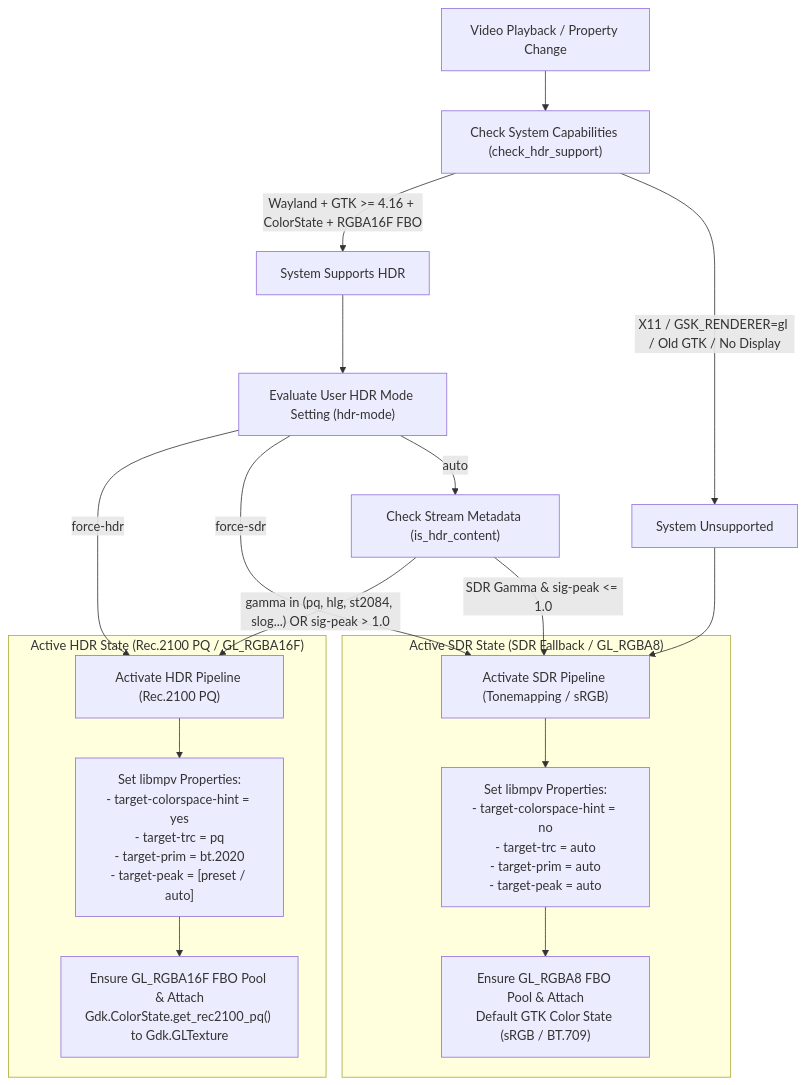
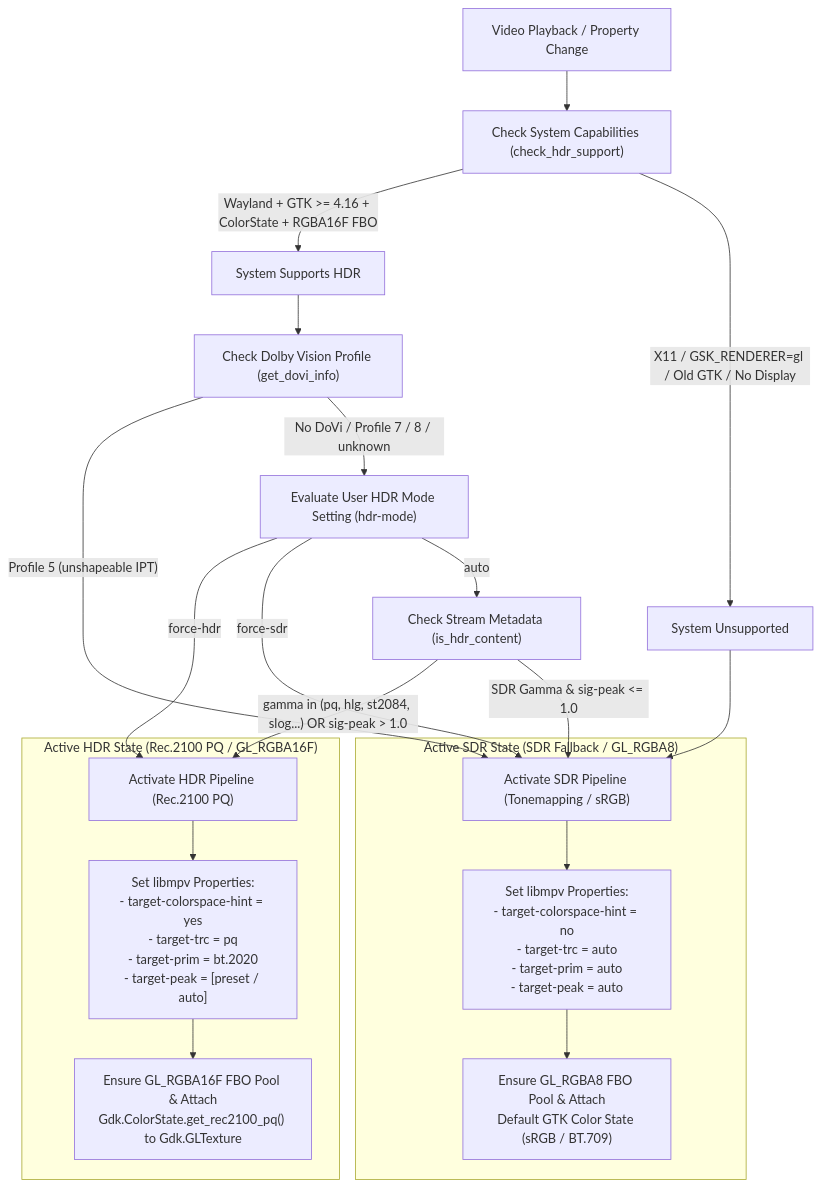
One commit to rusmikev/CineHDR changed the second of 2 diagrams in docs/HDR.md. Above: the diagram before and after it, drawn with Mermaid. The commit also changed other lines of this file and 4 other files, not shown here.

Commit message:
fix(hdr): refuse HDR pass-through for unrenderable Dolby Vision Profile 5

````diff
--- a/docs/HDR.md
+++ b/docs/HDR.md
@@ -56,28 +56,30 @@
 ```mermaid
 flowchart TD
     Start["Video Playback / Property Change"] --> CheckSupport["Check System Capabilities (check_hdr_support)"]
     
     CheckSupport -->|"Wayland + GTK >= 4.16 + ColorState + RGBA16F FBO"| SystemSupported["System Supports HDR"]
     CheckSupport -->|"X11 / GSK_RENDERER=gl / Old GTK / No Display"| SystemUnsupported["System Unsupported"]
 
-    SystemSupported --> Mode["Evaluate User HDR Mode Setting (hdr-mode)"]
+    SystemSupported --> DoViGate["Check Dolby Vision Profile (get_dovi_info)"]
+    DoViGate -->|"Profile 5 (unshapeable IPT)"| ApplySDR
+    DoViGate -->|"No DoVi / Profile 7 / 8 / unknown"| Mode["Evaluate User HDR Mode Setting (hdr-mode)"]
     
     Mode -->|"force-hdr"| ApplyHDR["Activate HDR Pipeline (Rec.2100 PQ)"]
     Mode -->|"force-sdr"| ApplySDR["Activate SDR Pipeline (Tonemapping / sRGB)"]
     Mode -->|"auto"| CheckContent["Check Stream Metadata (is_hdr_content)"]
 
     CheckContent -->|"gamma in (pq, hlg, st2084, slog...) OR sig-peak > 1.0"| ApplyHDR
     CheckContent -->|"SDR Gamma & sig-peak <= 1.0"| ApplySDR
 
     SystemUnsupported --> ApplySDR
 
     subgraph HDR_Active ["Active HDR State (Rec.2100 PQ / GL_RGBA16F)"]
         ApplyHDR --> MPVProps["Set libmpv Properties:\n- target-colorspace-hint = yes\n- target-trc = pq\n- target-prim = bt.2020\n- target-peak = [preset / auto]"]
         MPVProps --> TextureState["Ensure GL_RGBA16F FBO Pool & Attach\nGdk.ColorState.get_rec2100_pq() to Gdk.GLTexture"]
     end
 
     subgraph SDR_Active ["Active SDR State (SDR Fallback / GL_RGBA8)"]
         ApplySDR --> MPVPropsSDR["Set libmpv Properties:\n- target-colorspace-hint = no\n- target-trc = auto\n- target-prim = auto\n- target-peak = auto"]
         MPVPropsSDR --> TextureStateSDR["Ensure GL_RGBA8 FBO Pool & Attach\nDefault GTK Color State (sRGB / BT.709)"]
     end
 ```
````
